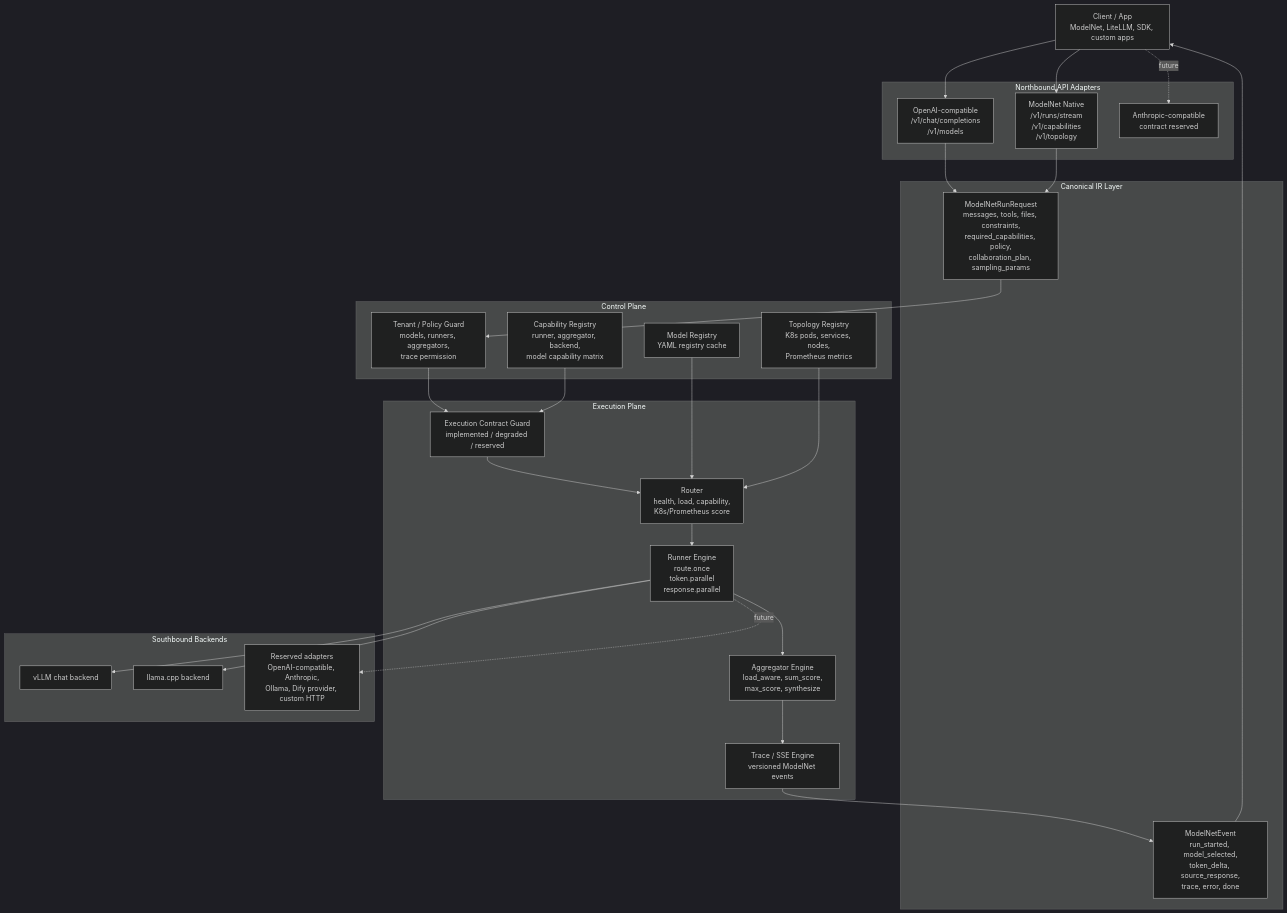
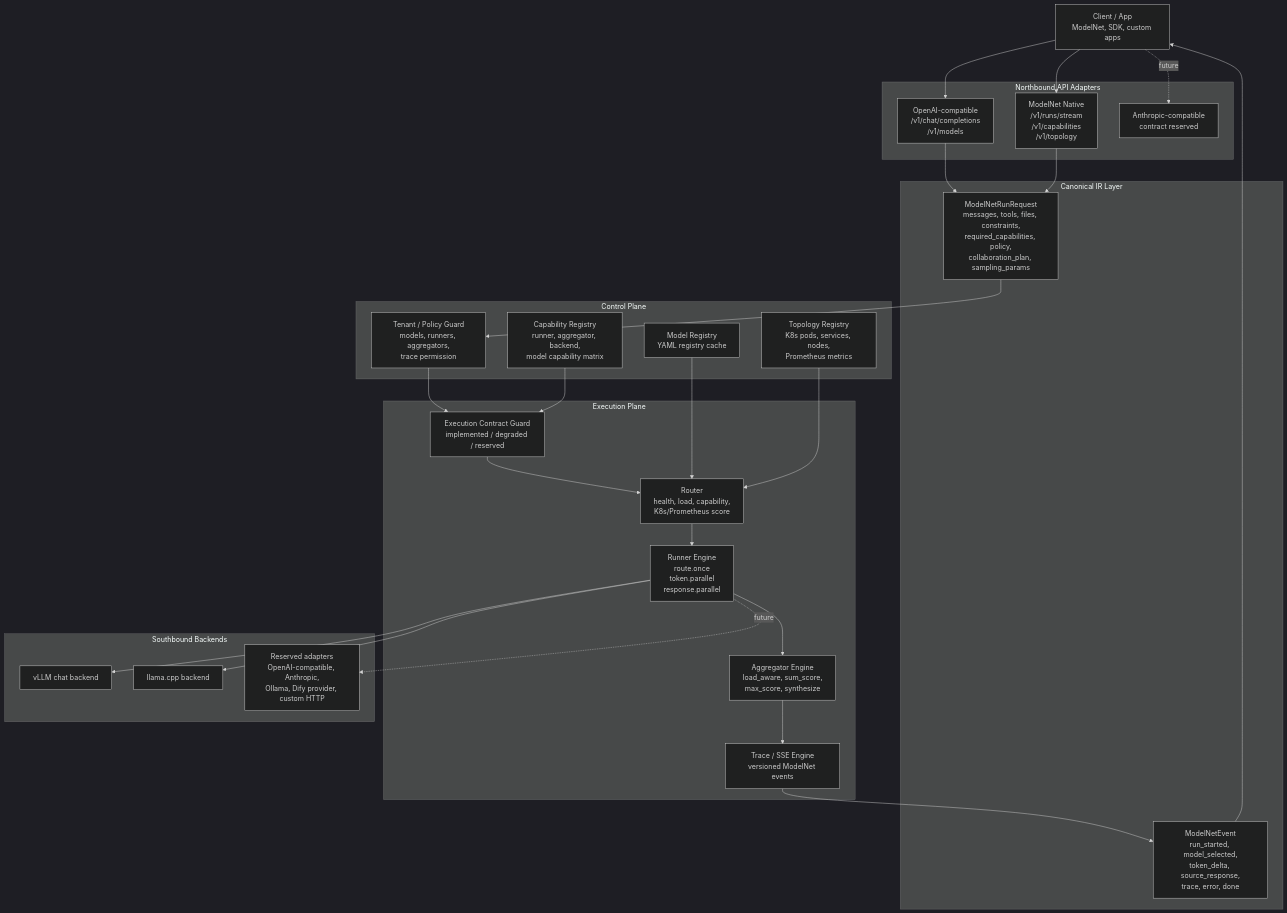
One commit to WNDS-JNU/ModelNet-Toc changed the first of 8 diagrams in docs/modelnet-gateway-design.md. Above: the diagram before and after it, drawn with Mermaid (dark theme). The commit also changed 31 other files, not shown here.

Commit message:
refactor: retire LiteLLM from ModelNet dev stack

````diff
--- a/docs/modelnet-gateway-design.md
+++ b/docs/modelnet-gateway-design.md
@@ -15,56 +15,56 @@
 ```mermaid
 flowchart TB
-    Client["Client / App\nModelNet, LiteLLM, SDK, custom apps"]
+    Client["Client / App\nModelNet, SDK, custom apps"]
 
     subgraph Northbound["Northbound API Adapters"]
         OpenAI["OpenAI-compatible\n/v1/chat/completions\n/v1/models"]
         Native["ModelNet Native\n/v1/runs/stream\n/v1/capabilities\n/v1/topology"]
         Anthropic["Anthropic-compatible\ncontract reserved"]
     end
 
     subgraph IR["Canonical IR Layer"]
         RunRequest["ModelNetRunRequest\nmessages, tools, files, constraints,\nrequired_capabilities, policy,\ncollaboration_plan, sampling_params"]
         Event["ModelNetEvent\nrun_started, model_selected,\ntoken_delta, source_response,\ntrace, error, done"]
     end
 
     subgraph Control["Control Plane"]
         Registry["Model Registry\nYAML registry cache"]
         Capabilities["Capability Registry\nrunner, aggregator, backend,\nmodel capability matrix"]
         Topology["Topology Registry\nK8s pods, services, nodes,\nPrometheus metrics"]
         Policy["Tenant / Policy Guard\nmodels, runners, aggregators,\ntrace permission"]
     end
 
     subgraph Execution["Execution Plane"]
         Router["Router\nhealth, load, capability,\nK8s/Prometheus score"]
         Contract["Execution Contract Guard\nimplemented / degraded / reserved"]
         Runners["Runner Engine\nroute.once\ntoken.parallel\nresponse.parallel"]
         Aggregators["Aggregator Engine\nload_aware, sum_score,\nmax_score, synthesize"]
         Trace["Trace / SSE Engine\nversioned ModelNet events"]
     end
 
     subgraph Southbound["Southbound Backends"]
         VLLM["vLLM chat backend"]
         Llama["llama.cpp backend"]
         Reserved["Reserved adapters\nOpenAI-compatible, Anthropic,\nOllama, Dify provider, custom HTTP"]
     end
 
     Client --> OpenAI
     Client --> Native
     Client -. future .-> Anthropic
     OpenAI --> RunRequest
     Native --> RunRequest
     RunRequest --> Policy
     Policy --> Contract
     Contract --> Router
     Registry --> Router
     Capabilities --> Contract
     Topology --> Router
     Router --> Runners
     Runners --> Aggregators
     Aggregators --> Trace
     Trace --> Event
     Event --> Client
     Runners --> VLLM
     Runners --> Llama
     Runners -. future .-> Reserved
 ```
````
